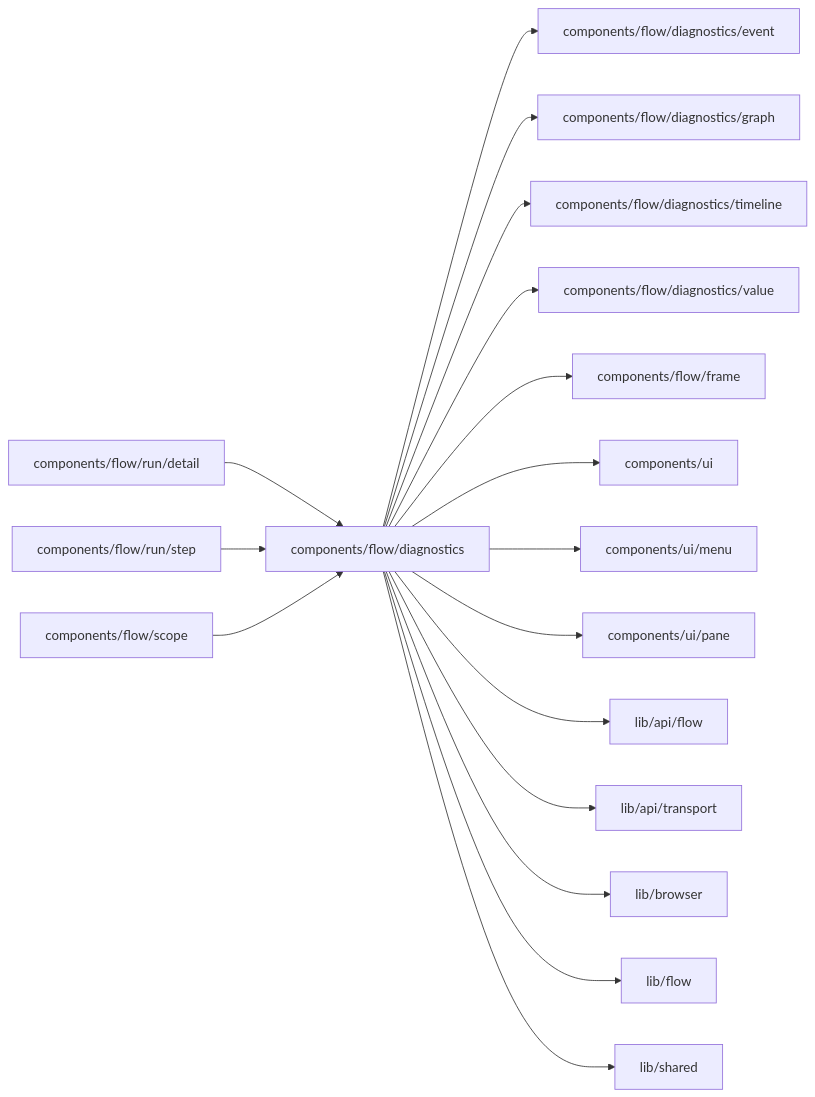
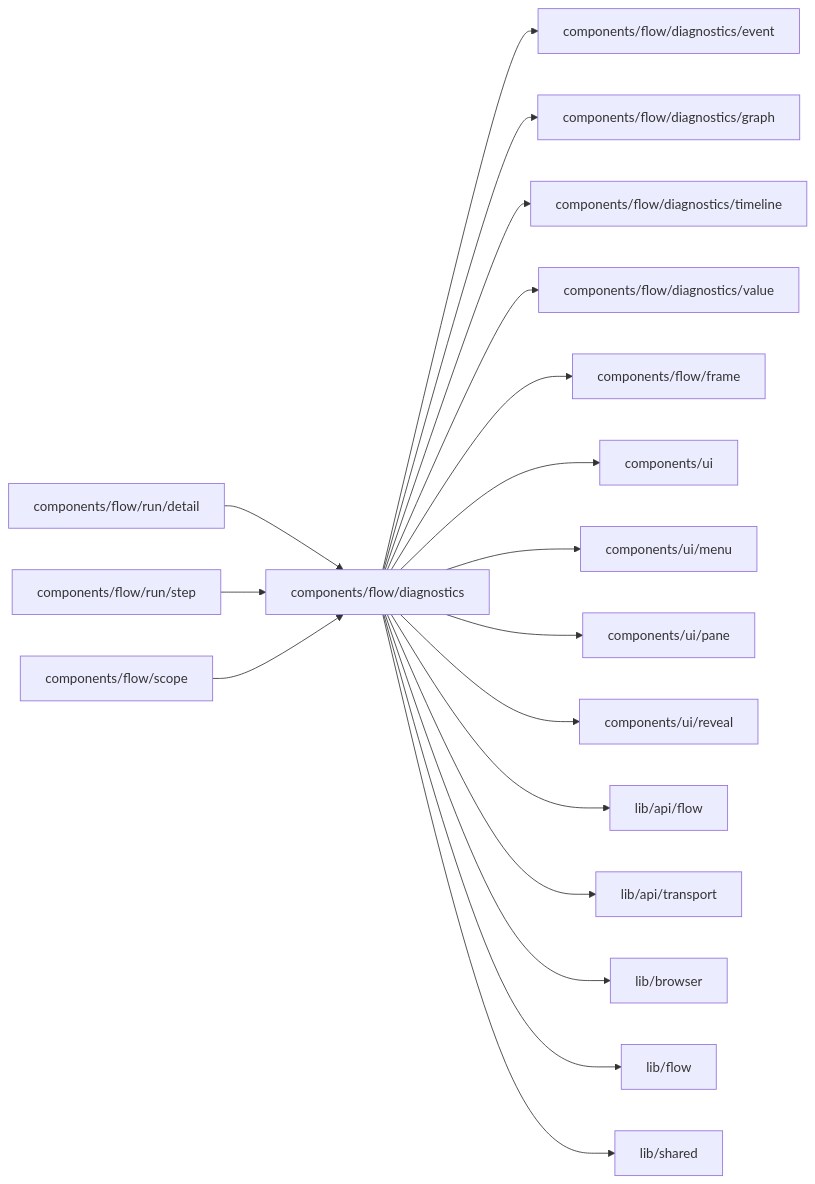
One commit to superdurable/superverse changed the diagram in web/studio/components/flow/diagnostics/README.md. Above: the diagram before and after it, drawn with Mermaid. The commit also changed other lines of this file and 278 other files, not shown here.

````diff
--- a/web/studio/components/flow/diagnostics/README.md
+++ b/web/studio/components/flow/diagnostics/README.md
@@ -10,20 +10,21 @@
 ```mermaid
 flowchart LR
   self["components/flow/diagnostics"]
   c0["components/flow/run/detail"] --> self
   c1["components/flow/run/step"] --> self
   c2["components/flow/scope"] --> self
   self --> d0["components/flow/diagnostics/event"]
   self --> d1["components/flow/diagnostics/graph"]
   self --> d2["components/flow/diagnostics/timeline"]
   self --> d3["components/flow/diagnostics/value"]
   self --> d4["components/flow/frame"]
   self --> d5["components/ui"]
   self --> d6["components/ui/menu"]
   self --> d7["components/ui/pane"]
-  self --> d8["lib/api/flow"]
-  self --> d9["lib/api/transport"]
-  self --> d10["lib/browser"]
-  self --> d11["lib/flow"]
-  self --> d12["lib/shared"]
+  self --> d8["components/ui/reveal"]
+  self --> d9["lib/api/flow"]
+  self --> d10["lib/api/transport"]
+  self --> d11["lib/browser"]
+  self --> d12["lib/flow"]
+  self --> d13["lib/shared"]
 ```
````
